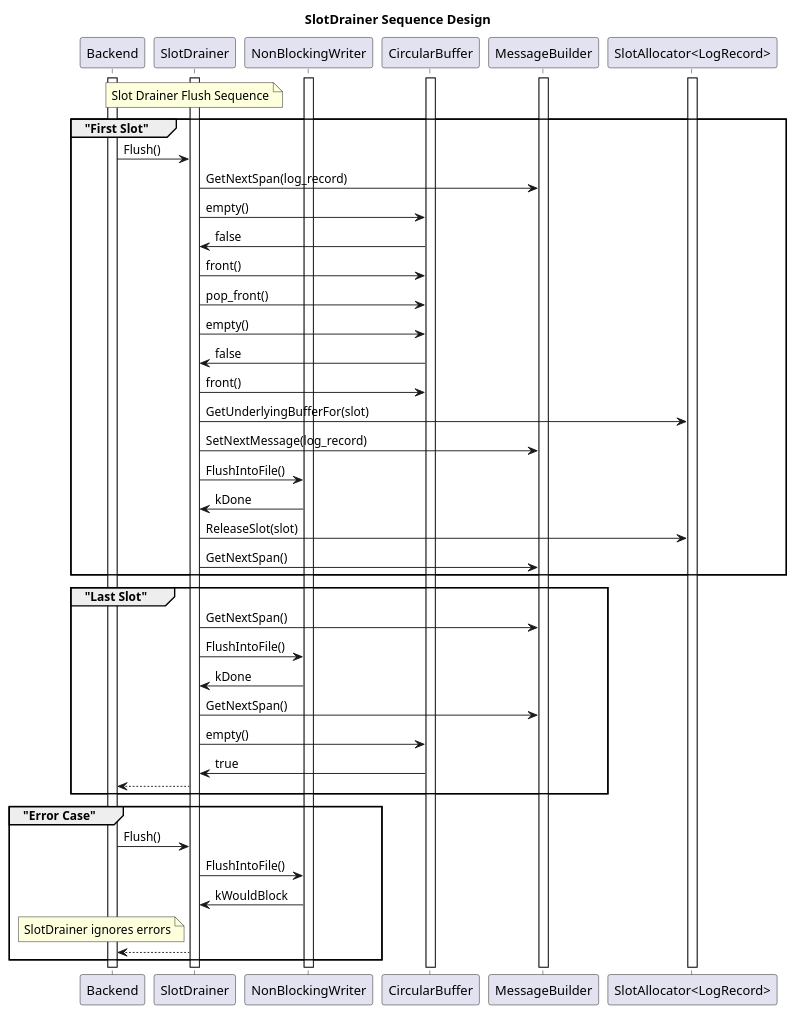
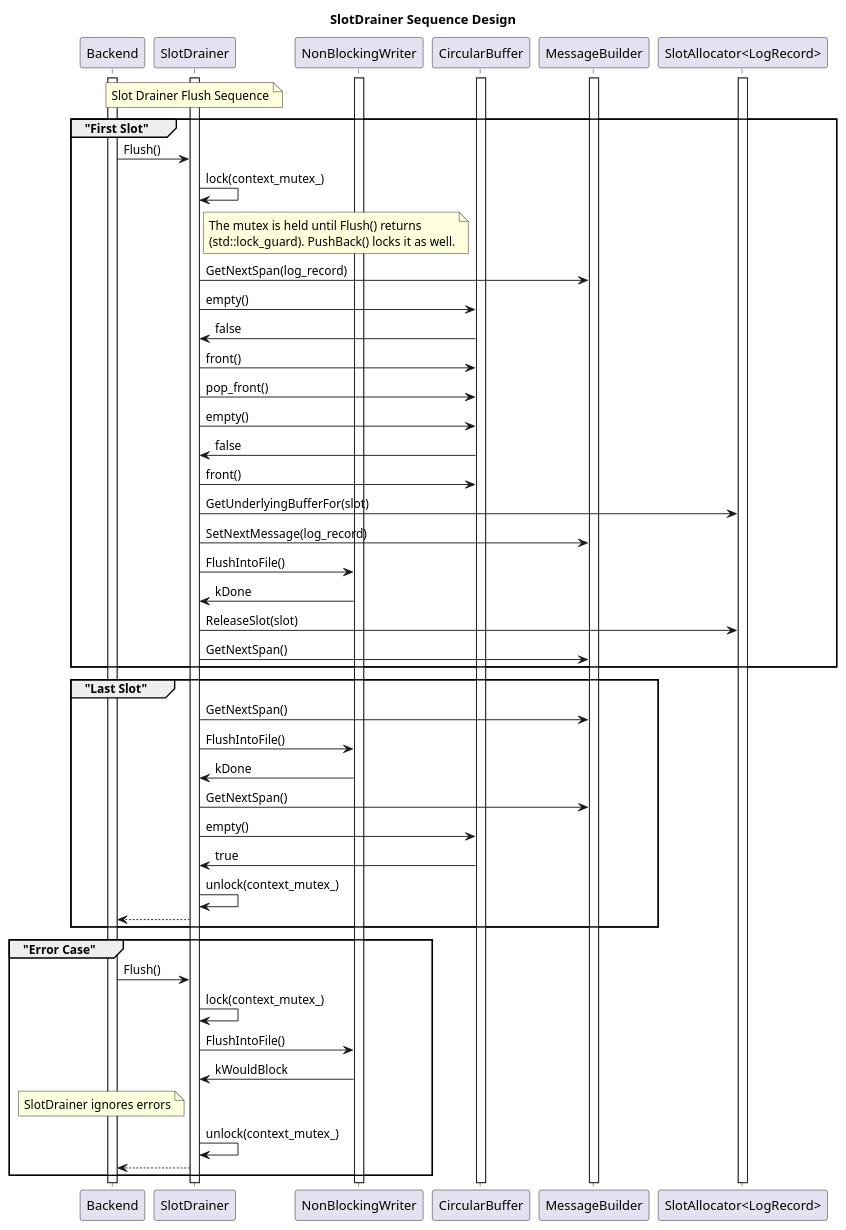
The diagram in score/mw/log/docs/detailed_design/_assets/slot_drainer_sequence_design.puml (eclipse-score/baselibs), drawn with PlantUML before and after one commit. The commit also changed 2 other files, not shown here.

Commit message:
docs(mw/log): show the mutex of the SlotDrainer and the atomic slot claim
The SlotDrainer locks context_mutex_ in PushBack() and Flush(). The
CircularAllocator claims a slot with one atomic fetch_add and marks it with
Slot::TryUse() in the loop condition.

```diff
--- a/score/mw/log/docs/detailed_design/_assets/slot_drainer_sequence_design.puml
+++ b/score/mw/log/docs/detailed_design/_assets/slot_drainer_sequence_design.puml
@@ -1,71 +1,76 @@
 @startuml slot_drainer_sequence_design
 title "SlotDrainer Sequence Design"
 
 participant "Backend" as Backend
 participant "SlotDrainer" as SlotDrainer
 participant "NonBlockingWriter" as NonBlockingWriter
 participant "CircularBuffer" as CircularBuffer
 participant "MessageBuilder" as MessageBuilder
 participant "SlotAllocator<LogRecord>" as SlotAllocator
 
 note over SlotDrainer : Slot Drainer Flush Sequence
 
 activate SlotDrainer
 activate Backend
 activate NonBlockingWriter
 activate CircularBuffer
 activate SlotAllocator
 activate MessageBuilder
 
 group "First Slot"
 Backend -> SlotDrainer : Flush()
+SlotDrainer -> SlotDrainer : lock(context_mutex_)
+note right of SlotDrainer : The mutex is held until Flush() returns\n(std::lock_guard). PushBack() locks it as well.
 
 SlotDrainer -> MessageBuilder : GetNextSpan(log_record)
 
 SlotDrainer -> CircularBuffer : empty()
 CircularBuffer -> SlotDrainer: false
 
 SlotDrainer -> CircularBuffer : front()
 SlotDrainer -> CircularBuffer : pop_front()
 
 SlotDrainer -> CircularBuffer : empty()
 CircularBuffer -> SlotDrainer: false
 SlotDrainer -> CircularBuffer : front()
 
 SlotDrainer -> SlotAllocator : GetUnderlyingBufferFor(slot)
 SlotDrainer -> MessageBuilder : SetNextMessage(log_record)
 
 SlotDrainer -> NonBlockingWriter : FlushIntoFile()
 NonBlockingWriter -> SlotDrainer: kDone
 SlotDrainer -> SlotAllocator: ReleaseSlot(slot)
 
 
 SlotDrainer -> MessageBuilder : GetNextSpan()
 end
 
 group "Last Slot"
 
 SlotDrainer -> MessageBuilder : GetNextSpan()
 
 SlotDrainer -> NonBlockingWriter : FlushIntoFile()
 NonBlockingWriter -> SlotDrainer: kDone
 
 SlotDrainer -> MessageBuilder : GetNextSpan()
 
 SlotDrainer -> CircularBuffer : empty()
 CircularBuffer -> SlotDrainer: true
 
+SlotDrainer -> SlotDrainer : unlock(context_mutex_)
 Backend <-- SlotDrainer
 end
 
 group "Error Case"
 
 Backend -> SlotDrainer : Flush()
+SlotDrainer -> SlotDrainer : lock(context_mutex_)
 SlotDrainer -> NonBlockingWriter : FlushIntoFile()
 NonBlockingWriter -> SlotDrainer: kWouldBlock
 note left of SlotDrainer : SlotDrainer ignores errors
+SlotDrainer -> SlotDrainer : unlock(context_mutex_)
 Backend <--- SlotDrainer
 
 end
 
 @enduml
```
